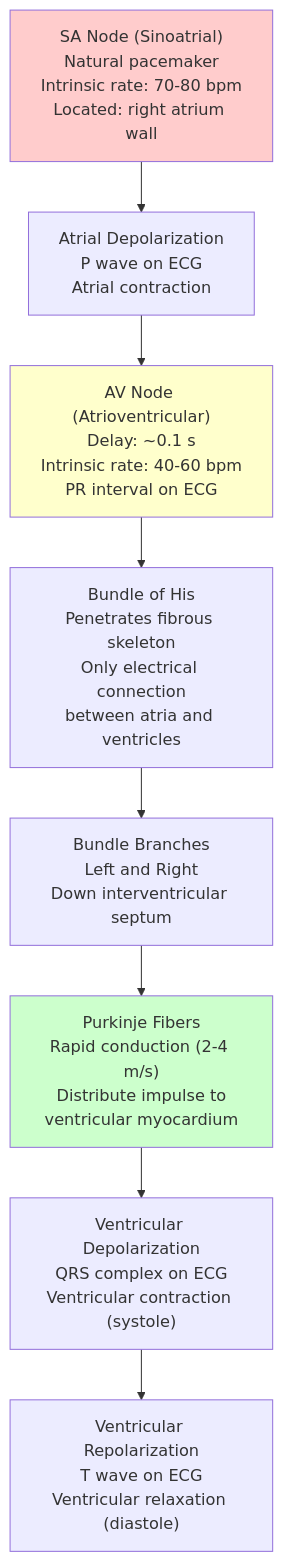
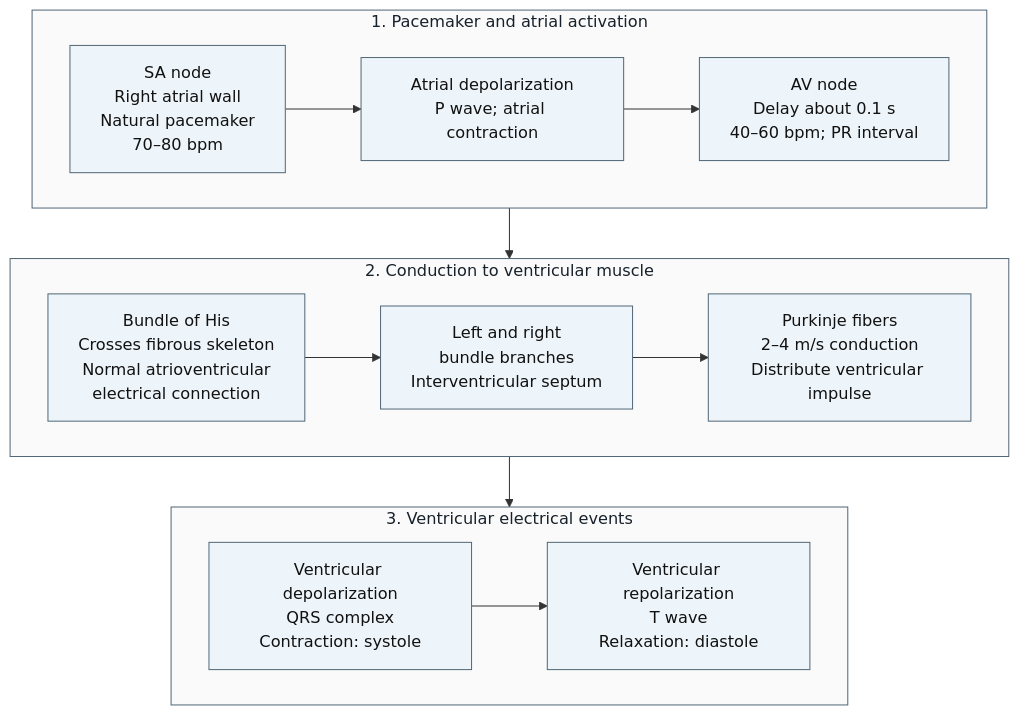
The first of 5 diagrams in docs/manuscript/unit_IX/circulation_respiration_homeostasis.md (docxology/biology_textbook), drawn with Mermaid before and after one commit. The commit also changed other lines of this file and 41 other files, not shown here.

````diff
--- a/docs/manuscript/unit_IX/circulation_respiration_homeostasis.md
+++ b/docs/manuscript/unit_IX/circulation_respiration_homeostasis.md
@@ -80,14 +80,27 @@
 ```mermaid
+---
+config:
+  layout: dagre
+---
 flowchart TD
-    SA["SA Node (Sinoatrial)<br/>Natural pacemaker<br/>Intrinsic rate: 70-80 bpm<br/>Located: right atrium wall"] --> Atria["Atrial Depolarization<br/>P wave on ECG<br/>Atrial contraction"]
-    Atria --> AV["AV Node (Atrioventricular)<br/>Delay: ~0.1 s<br/>Intrinsic rate: 40-60 bpm<br/>PR interval on ECG"]
-    AV --> His["Bundle of His<br/>Penetrates fibrous skeleton<br/>Only electrical connection<br/>between atria and ventricles"]
-    His --> BB["Bundle Branches<br/>Left and Right<br/>Down interventricular septum"]
-    BB --> Purk["Purkinje Fibers<br/>Rapid conduction (2-4 m/s)<br/>Distribute impulse to<br/>ventricular myocardium"]
-    Purk --> Vent["Ventricular Depolarization<br/>QRS complex on ECG<br/>Ventricular contraction (systole)"]
-    Vent --> Repol["Ventricular Repolarization<br/>T wave on ECG<br/>Ventricular relaxation (diastole)"]
-
-    style SA fill:#ffcccc
-    style AV fill:#ffffcc
-    style Purk fill:#ccffcc
+    subgraph Atrial["1. Pacemaker and atrial activation"]
+        direction LR
+        SA["SA node<br/>Right atrial wall<br/>Natural pacemaker<br/>70–80 bpm"] --> Atria["Atrial depolarization<br/>P wave; atrial contraction"]
+        Atria --> AV["AV node<br/>Delay about 0.1 s<br/>40–60 bpm; PR interval"]
+    end
+    subgraph Conduction["2. Conduction to ventricular muscle"]
+        direction LR
+        His["Bundle of His<br/>Crosses fibrous skeleton<br/>Normal atrioventricular<br/>electrical connection"] --> BB["Left and right<br/>bundle branches<br/>Interventricular septum"]
+        BB --> Purk["Purkinje fibers<br/>2–4 m/s conduction<br/>Distribute ventricular impulse"]
+    end
+    subgraph Ventricular["3. Ventricular electrical events"]
+        direction LR
+        Vent["Ventricular depolarization<br/>QRS complex<br/>Contraction: systole"] --> Repol["Ventricular repolarization<br/>T wave<br/>Relaxation: diastole"]
+    end
+    Atrial --> Conduction --> Ventricular
+    classDef readable fill:#eef5fa,stroke:#526777,color:#111111
+    class SA,Atria,AV,His,BB,Purk,Vent,Repol readable
+    style Atrial fill:#fafafa,stroke:#526777,color:#17212b
+    style Conduction fill:#fafafa,stroke:#526777,color:#17212b
+    style Ventricular fill:#fafafa,stroke:#526777,color:#17212b
 ```
````
